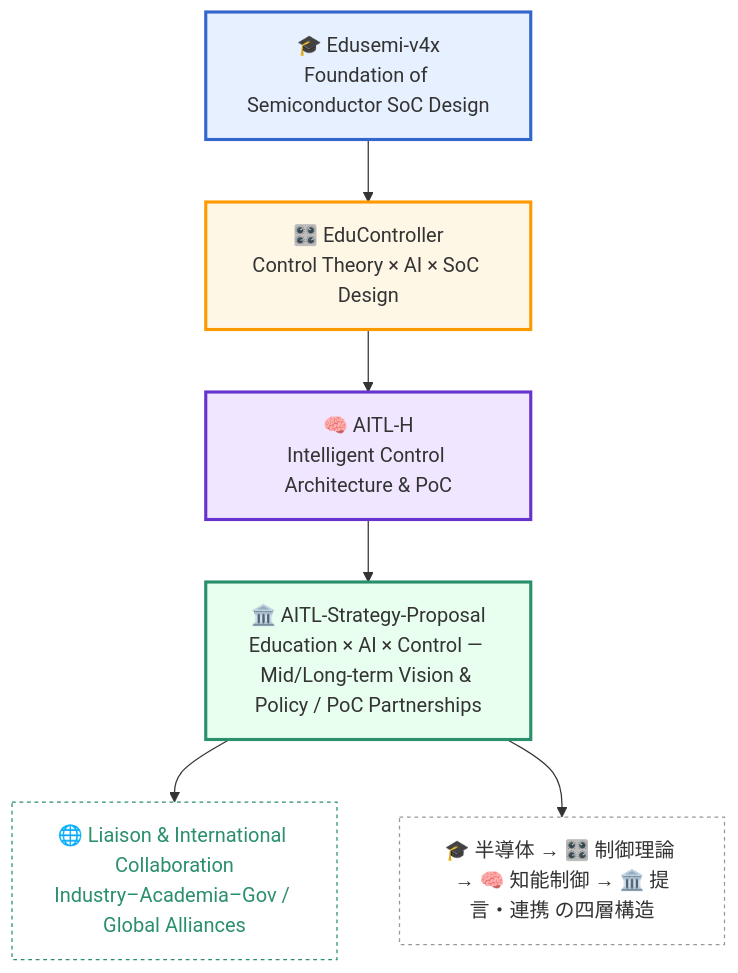
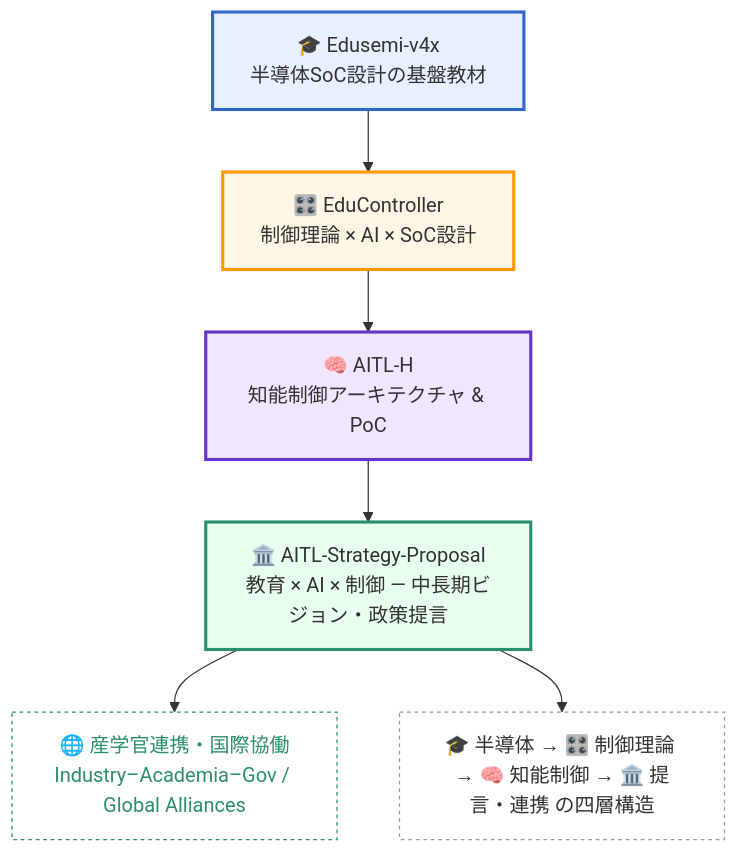
One commit to Samizo-AITL/Samizo-AITL.github.io changed the diagram in index.md. Above: the diagram before and after it, drawn with Mermaid.

````diff
--- a/index.md
+++ b/index.md
@@ -88,27 +88,21 @@
 ```mermaid
 flowchart TD
-    A[🎓 Edusemi-v4x<br/>Foundation of Semiconductor SoC Design] 
-        --> B[🎛️ EduController<br/>Control Theory × AI × SoC Design] 
-        --> C[🧠 AITL-H<br/>Intelligent Control Architecture & PoC]
-        --> D[🏛️ AITL-Strategy-Proposal<br/>Education × AI × Control — Mid/Long-term Vision & Policy / PoC Partnerships]
+    A[🎓 Edusemi-v4x<br/>半導体SoC設計の基盤教材] 
+        --> B[🎛️ EduController<br/>制御理論 × AI × SoC設計] 
+        --> C[🧠 AITL-H<br/>知能制御アーキテクチャ & PoC]
+        --> D[🏛️ AITL-Strategy-Proposal<br/>教育 × AI × 制御 ― 中長期ビジョン・政策提言]
 
-    D --> E[🌐 Liaison & International Collaboration<br/>Industry–Academia–Gov / Global Alliances]
+    D --> E[🌐 産学官連携・国際協働<br/>Industry–Academia–Gov / Global Alliances]
 
-    %% Styles
+    %% スタイル
     style A fill:#e6f0ff,stroke:#3366cc,stroke-width:2.5px
     style B fill:#fff7e6,stroke:#ff9900,stroke-width:2.5px
     style C fill:#f0e6ff,stroke:#6633cc,stroke-width:2.5px
     style D fill:#e8fff0,stroke:#2a8f6a,stroke-width:2.5px
     style E fill:#ffffff,stroke:#2a8f6a,stroke-dasharray:3 3,color:#2a8f6a
 
-    %% Note
+    %% 注釈
     classDef note fill:#ffffff,stroke:#999,stroke-dasharray:3 3,color:#333;
     N["🎓 半導体 → 🎛️ 制御理論 → 🧠 知能制御 → 🏛️ 提言・連携 の四層構造"]:::note
     D --> N
-
-    %% (Optional) link nodes
-    %% click A "https://samizo-aitl.github.io/Edusemi-v4x/" _blank
-    %% click B "https://samizo-aitl.github.io/EduController/" _blank
-    %% click C "https://samizo-aitl.github.io/AITL-H/" _blank
-    %% click D "https://samizo-aitl.github.io/AITL-Strategy-Proposal/" _blank
 ```
````
